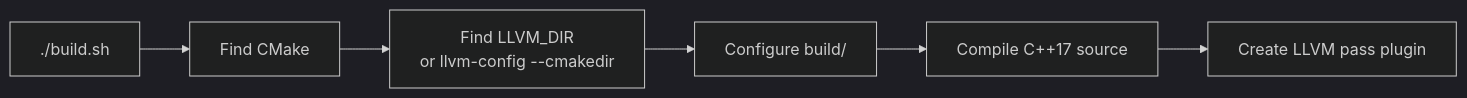
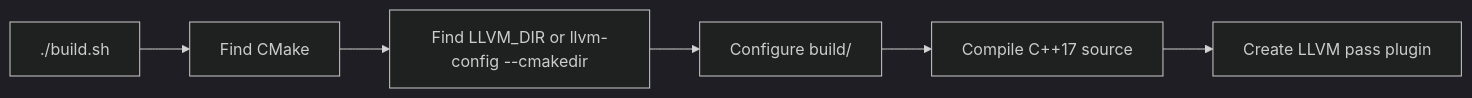
Before and after one commit to abhay271/IR-Optimization-Pass: the first of 2 diagrams in IMPLEMENTATION.md, drawn with Mermaid (dark theme). The commit also changed 2 other files, not shown here.

Commit message:
Polish fresh clone documentation

````diff
--- a/IMPLEMENTATION.md
+++ b/IMPLEMENTATION.md
@@ -57,8 +57,8 @@
 ```mermaid
 flowchart LR
     A["./build.sh"] --> B["Find CMake"]
-    B --> C["Find LLVM_DIR<br/>or llvm-config --cmakedir"]
+    B --> C["Find LLVM_DIR or llvm-config --cmakedir"]
     C --> D["Configure build/"]
     D --> E["Compile C++17 source"]
     E --> F["Create LLVM pass plugin"]
 ```
````
